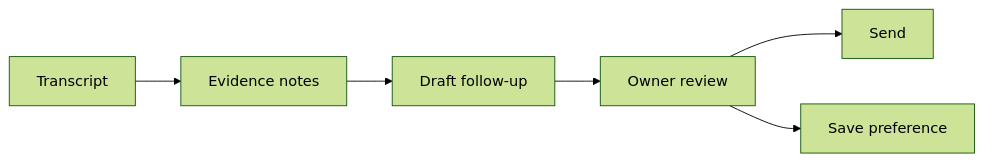
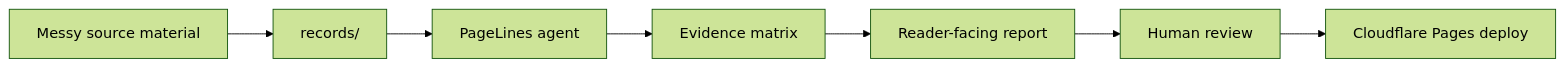
The diagram in index.md (PageLines/pl-report-kit), drawn with Mermaid (forest theme) before and after one commit. The commit also changed other lines of this file and 3 other files, not shown here.

````diff
--- a/index.md
+++ b/index.md
@@ -56,8 +83,9 @@
 ```mermaid
 flowchart LR
-  A[Transcript] --> B[Evidence notes]
-  B --> C[Draft follow-up]
-  C --> D[Owner review]
-  D --> E[Send]
-  D --> F[Save preference]
+  A[Messy source material] --> B[records/]
+  B --> C[PageLines agent]
+  C --> D[Evidence matrix]
+  D --> E[Reader-facing report]
+  E --> F[Human review]
+  F --> G[Cloudflare Pages deploy]
 ```
````
